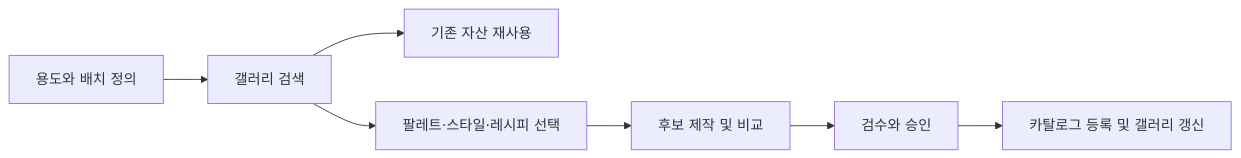
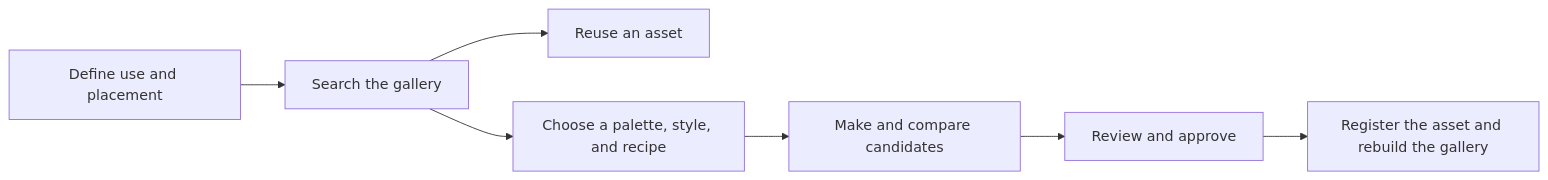
One commit to jyje/image-system changed the diagram in docs/curation.md. Above: the diagram before and after it, drawn with Mermaid. The commit also changed other lines of this file and 20 other files, not shown here.

````diff
--- a/docs/curation.md
+++ b/docs/curation.md
@@ -5,9 +7,9 @@
 ```mermaid
 flowchart LR
-  A["용도와 배치 정의"] --> B["갤러리 검색"]
-  B --> C["기존 자산 재사용"]
-  B --> D["팔레트·스타일·레시피 선택"]
-  D --> E["후보 제작 및 비교"]
-  E --> F["검수와 승인"]
-  F --> G["카탈로그 등록 및 갤러리 갱신"]
+  A["Define use and placement"] --> B["Search the gallery"]
+  B --> C["Reuse an asset"]
+  B --> D["Choose a palette, style, and recipe"]
+  D --> E["Make and compare candidates"]
+  E --> F["Review and approve"]
+  F --> G["Register the asset and rebuild the gallery"]
 ```
````
